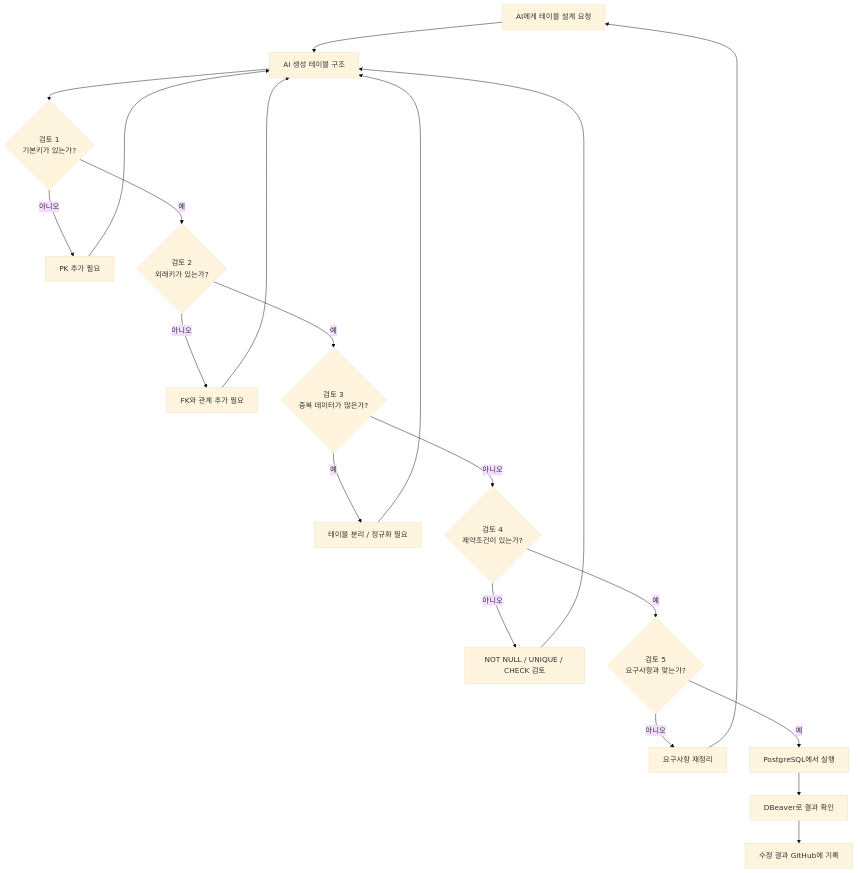
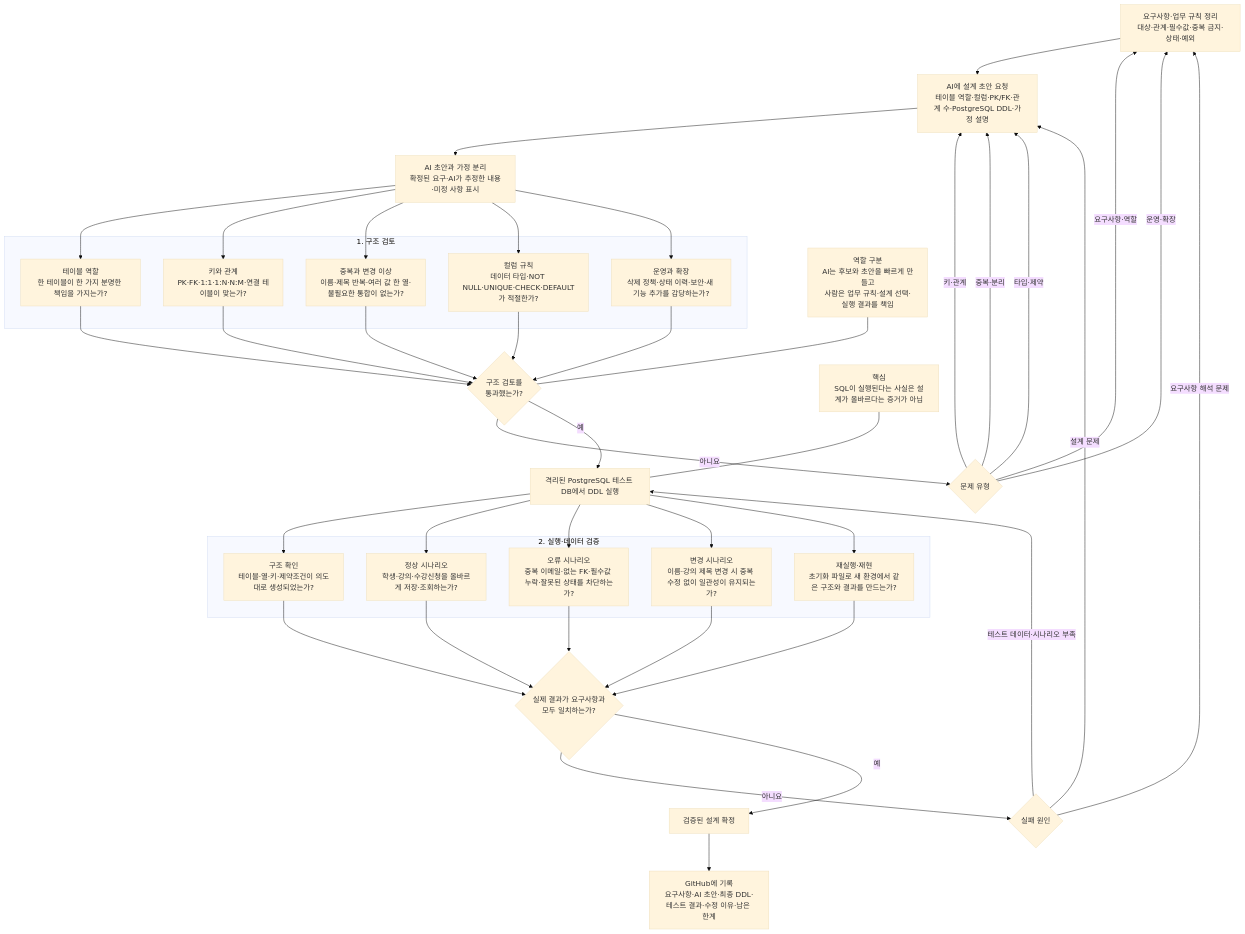
The diagram in images/chapter02/ch02_08_ai_table_review.mmd (GilbertMoon/ai-database-book), drawn with Mermaid (base theme) before and after one commit.

Commit message:
Refine chapter 2 AI table review source

```diff
--- a/images/chapter02/ch02_08_ai_table_review.mmd
+++ b/images/chapter02/ch02_08_ai_table_review.mmd
@@ -1,25 +1,63 @@
-flowchart TD
-    A[AI에게 테이블 설계 요청] --> B[AI 생성 테이블 구조]
-    B --> C{검토 1<br/>기본키가 있는가?}
-    C -- 아니오 --> C1[PK 추가 필요]
-    C -- 예 --> D{검토 2<br/>외래키가 있는가?}
+flowchart TB
+    A[요구사항·업무 규칙 정리<br/>대상·관계·필수값·중복 금지·상태·예외] --> B[AI에 설계 초안 요청<br/>테이블 역할·컬럼·PK/FK·관계 수·PostgreSQL DDL·가정 설명]
+    B --> C[AI 초안과 가정 분리<br/>확정된 요구·AI가 추정한 내용·미정 사항 표시]
 
-    D -- 아니오 --> D1[FK와 관계 추가 필요]
-    D -- 예 --> E{검토 3<br/>중복 데이터가 많은가?}
+    subgraph REVIEW[1. 구조 검토]
+        R1[테이블 역할<br/>한 테이블이 한 가지 분명한 책임을 가지는가?]
+        R2[키와 관계<br/>PK·FK·1:1·1:N·N:M·연결 테이블이 맞는가?]
+        R3[중복과 변경 이상<br/>이름·제목 반복·여러 값 한 열·불필요한 통합이 없는가?]
+        R4[컬럼 규칙<br/>데이터 타입·NOT NULL·UNIQUE·CHECK·DEFAULT가 적절한가?]
+        R5[운영과 확장<br/>삭제 정책·상태 이력·보안·새 기능 추가를 감당하는가?]
+    end
 
-    E -- 예 --> E1[테이블 분리 / 정규화 필요]
-    E -- 아니오 --> F{검토 4<br/>제약조건이 있는가?}
+    C --> R1
+    C --> R2
+    C --> R3
+    C --> R4
+    C --> R5
 
-    F -- 아니오 --> F1[NOT NULL / UNIQUE / CHECK 검토]
-    F -- 예 --> G{검토 5<br/>요구사항과 맞는가?}
+    R1 --> G{구조 검토를<br/>통과했는가?}
+    R2 --> G
+    R3 --> G
+    R4 --> G
+    R5 --> G
 
-    G -- 아니오 --> G1[요구사항 재정리]
-    G -- 예 --> H[PostgreSQL에서 실행]
-    H --> I[DBeaver로 결과 확인]
-    I --> J[수정 결과 GitHub에 기록]
+    G -- 아니요 --> M{문제 유형}
+    M -- 요구사항·역할 --> A
+    M -- 키·관계 --> B
+    M -- 중복·분리 --> B
+    M -- 타입·제약 --> B
+    M -- 운영·확장 --> A
 
-    C1 --> B
-    D1 --> B
-    E1 --> B
-    F1 --> B
-    G1 --> A
+    G -- 예 --> D[격리된 PostgreSQL 테스트 DB에서 DDL 실행]
+
+    subgraph TEST[2. 실행·데이터 검증]
+        T1[구조 확인<br/>테이블·열·키·제약조건이 의도대로 생성되었는가?]
+        T2[정상 시나리오<br/>학생·강의·수강신청을 올바르게 저장·조회하는가?]
+        T3[오류 시나리오<br/>중복 이메일·없는 FK·필수값 누락·잘못된 상태를 차단하는가?]
+        T4[변경 시나리오<br/>이름·강의 제목 변경 시 중복 수정 없이 일관성이 유지되는가?]
+        T5[재실행·재현<br/>초기화 파일로 새 환경에서 같은 구조와 결과를 만드는가?]
+    end
+
+    D --> T1
+    D --> T2
+    D --> T3
+    D --> T4
+    D --> T5
+
+    T1 --> V{실제 결과가 요구사항과<br/>모두 일치하는가?}
+    T2 --> V
+    T3 --> V
+    T4 --> V
+    T5 --> V
+
+    V -- 아니요 --> P{실패 원인}
+    P -- 설계 문제 --> B
+    P -- 테스트 데이터·시나리오 부족 --> D
+    P -- 요구사항 해석 문제 --> A
+
+    V -- 예 --> H[검증된 설계 확정]
+    H --> I[GitHub에 기록<br/>요구사항·AI 초안·최종 DDL·테스트 결과·수정 이유·남은 한계]
+
+    N1[핵심<br/>SQL이 실행된다는 사실은 설계가 올바르다는 증거가 아님] --- D
+    N2[역할 구분<br/>AI는 후보와 초안을 빠르게 만들고<br/>사람은 업무 규칙·설계 선택·실행 결과를 책임] --- G
```
